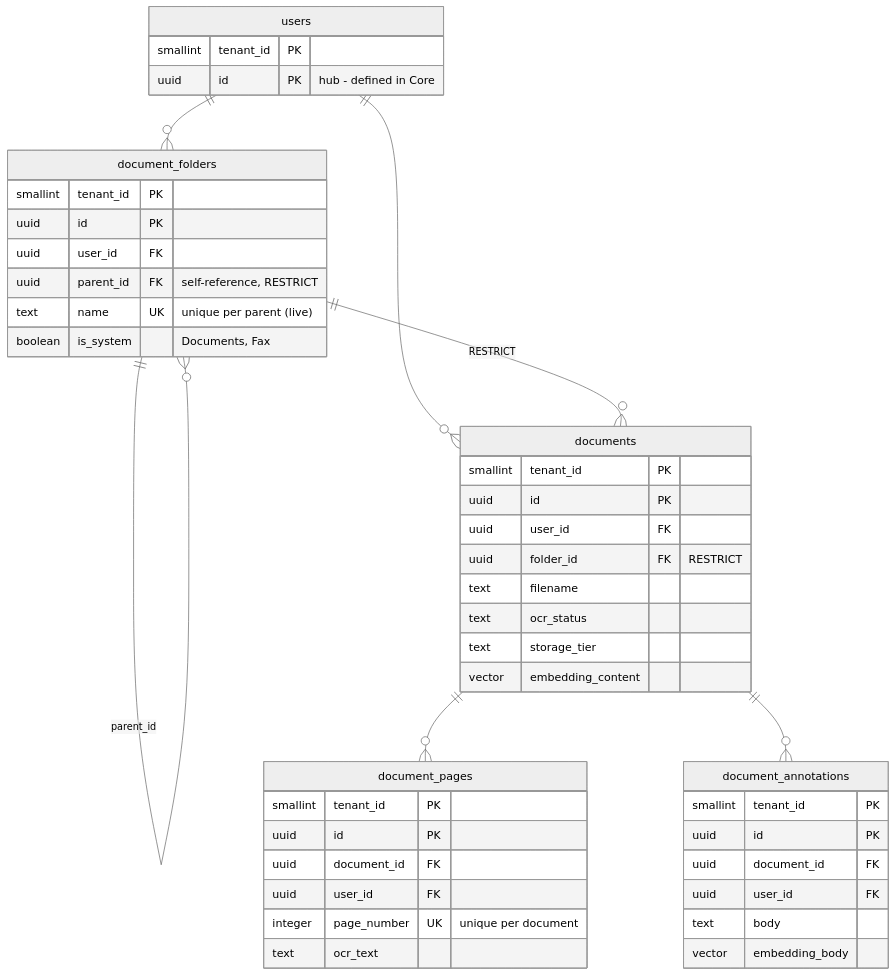
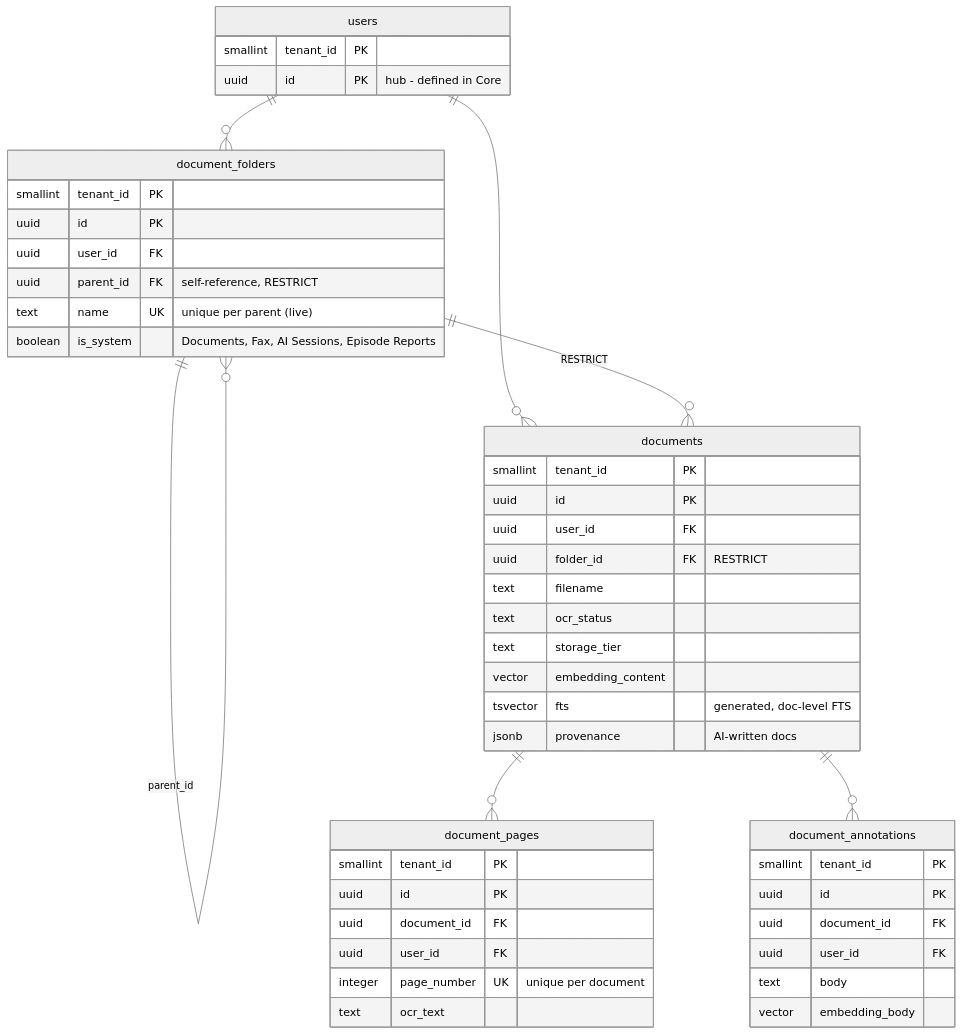
The ninth of 12 diagrams in DataModel3/HomeDatabaseERD.md (MinowaHealth/HomeEdition), drawn with Mermaid (neutral theme) before and after one commit. The commit also changed other lines of this file and 6 other files, not shown here.

First line of the commit message:
Phase 6: schema 11.1.0-home marker, running-box apply script, docs

````diff
--- a/DataModel3/HomeDatabaseERD.md
+++ b/DataModel3/HomeDatabaseERD.md
@@ -526,47 +538,49 @@
 ```mermaid
 erDiagram
     users {
         smallint tenant_id PK
         uuid id PK "hub - defined in Core"
     }
     document_folders {
         smallint tenant_id PK
         uuid id PK
         uuid user_id FK
         uuid parent_id FK "self-reference, RESTRICT"
         text name UK "unique per parent (live)"
-        boolean is_system "Documents, Fax"
+        boolean is_system "Documents, Fax, AI Sessions, Episode Reports"
     }
     documents {
         smallint tenant_id PK
         uuid id PK
         uuid user_id FK
         uuid folder_id FK "RESTRICT"
         text filename
         text ocr_status
         text storage_tier
         vector embedding_content
+        tsvector fts "generated, doc-level FTS"
+        jsonb provenance "AI-written docs"
     }
     document_pages {
         smallint tenant_id PK
         uuid id PK
         uuid document_id FK
         uuid user_id FK
         integer page_number UK "unique per document"
         text ocr_text
     }
     document_annotations {
         smallint tenant_id PK
         uuid id PK
         uuid document_id FK
         uuid user_id FK
         text body
         vector embedding_body
     }
     users ||--o{ document_folders : ""
     users ||--o{ documents : ""
     document_folders ||--o{ document_folders : "parent_id"
     document_folders ||--o{ documents : "RESTRICT"
     documents ||--o{ document_pages : ""
     documents ||--o{ document_annotations : ""
 ```
````
